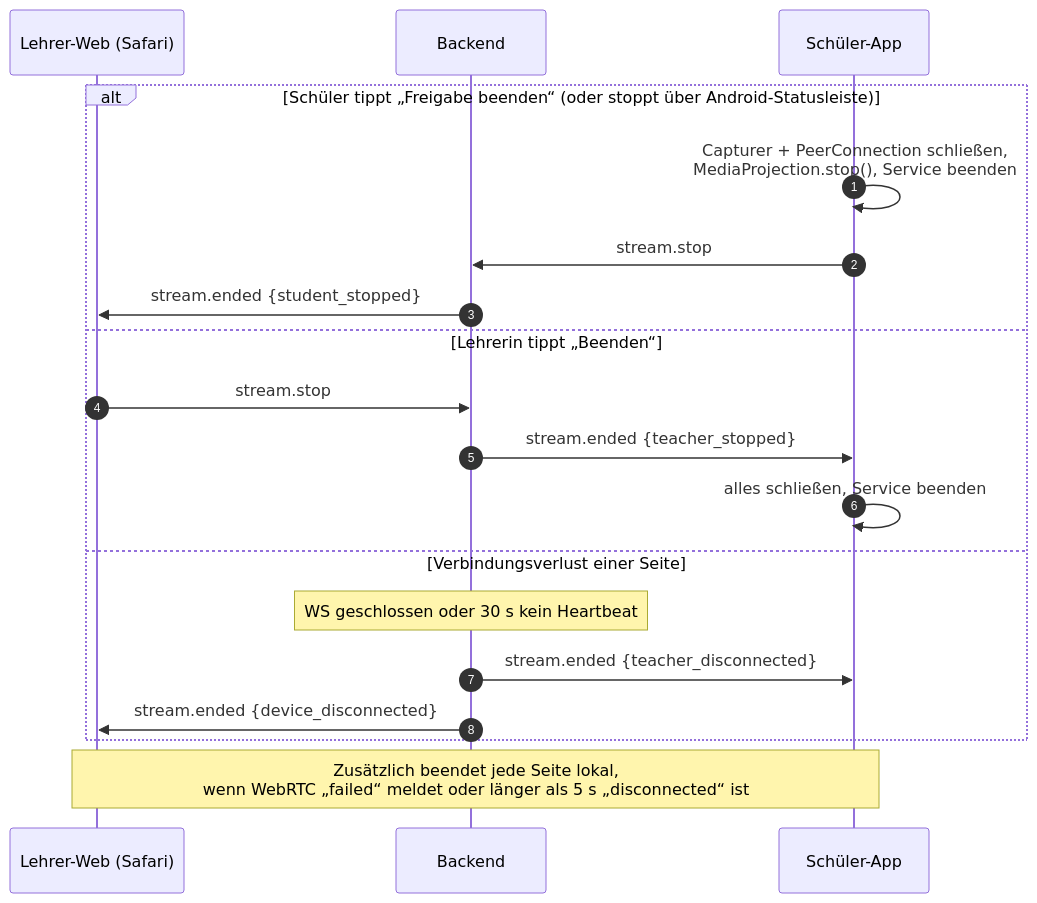
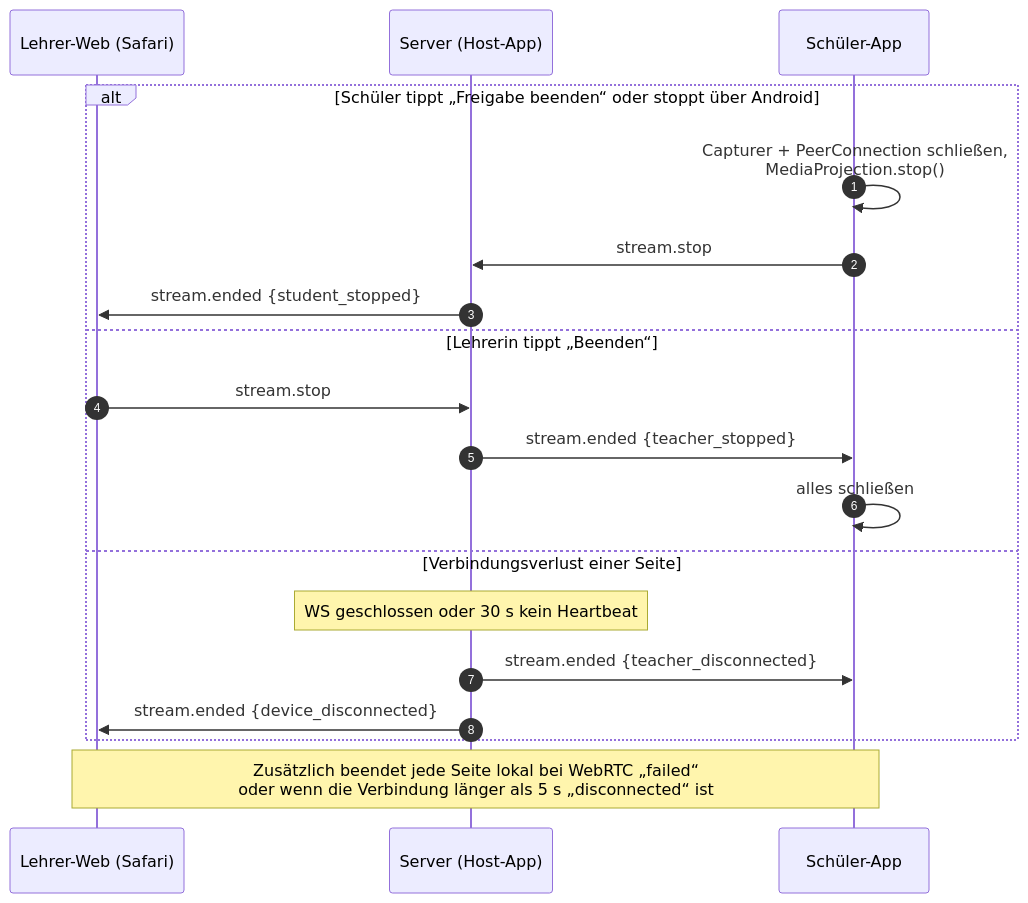
One commit to realcraftguy-com/Classview changed the eighth of 8 diagrams in docs/architecture.md. Above: the diagram before and after it, drawn with Mermaid. The commit also changed other lines of this file and 3 other files, not shown here.

First line of the commit message:
Phase 1 Rev. 2: Hosting per Host-App auf dem Galaxy S21 FE

````diff
--- a/docs/architecture.md
+++ b/docs/architecture.md
@@ -421,22 +512,22 @@
 ```mermaid
 sequenceDiagram
     autonumber
     participant L as Lehrer-Web (Safari)
-    participant B as Backend
+    participant H as Server (Host-App)
     participant S as Schüler-App
 
-    alt Schüler tippt „Freigabe beenden“ (oder stoppt über Android-Statusleiste)
-        S->>S: Capturer + PeerConnection schließen,<br/>MediaProjection.stop(), Service beenden
-        S->>B: stream.stop
-        B->>L: stream.ended {student_stopped}
+    alt Schüler tippt „Freigabe beenden“ oder stoppt über Android
+        S->>S: Capturer + PeerConnection schließen,<br/>MediaProjection.stop()
+        S->>H: stream.stop
+        H->>L: stream.ended {student_stopped}
     else Lehrerin tippt „Beenden“
-        L->>B: stream.stop
-        B->>S: stream.ended {teacher_stopped}
-        S->>S: alles schließen, Service beenden
+        L->>H: stream.stop
+        H->>S: stream.ended {teacher_stopped}
+        S->>S: alles schließen
     else Verbindungsverlust einer Seite
-        Note over B: WS geschlossen oder 30 s kein Heartbeat
-        B->>S: stream.ended {teacher_disconnected}
-        B->>L: stream.ended {device_disconnected}
+        Note over H: WS geschlossen oder 30 s kein Heartbeat
+        H->>S: stream.ended {teacher_disconnected}
+        H->>L: stream.ended {device_disconnected}
     end
-    Note over L,S: Zusätzlich beendet jede Seite lokal,<br/>wenn WebRTC „failed“ meldet oder länger als 5 s „disconnected“ ist
+    Note over L,S: Zusätzlich beendet jede Seite lokal bei WebRTC „failed“<br/>oder wenn die Verbindung länger als 5 s „disconnected“ ist
 ```
````
